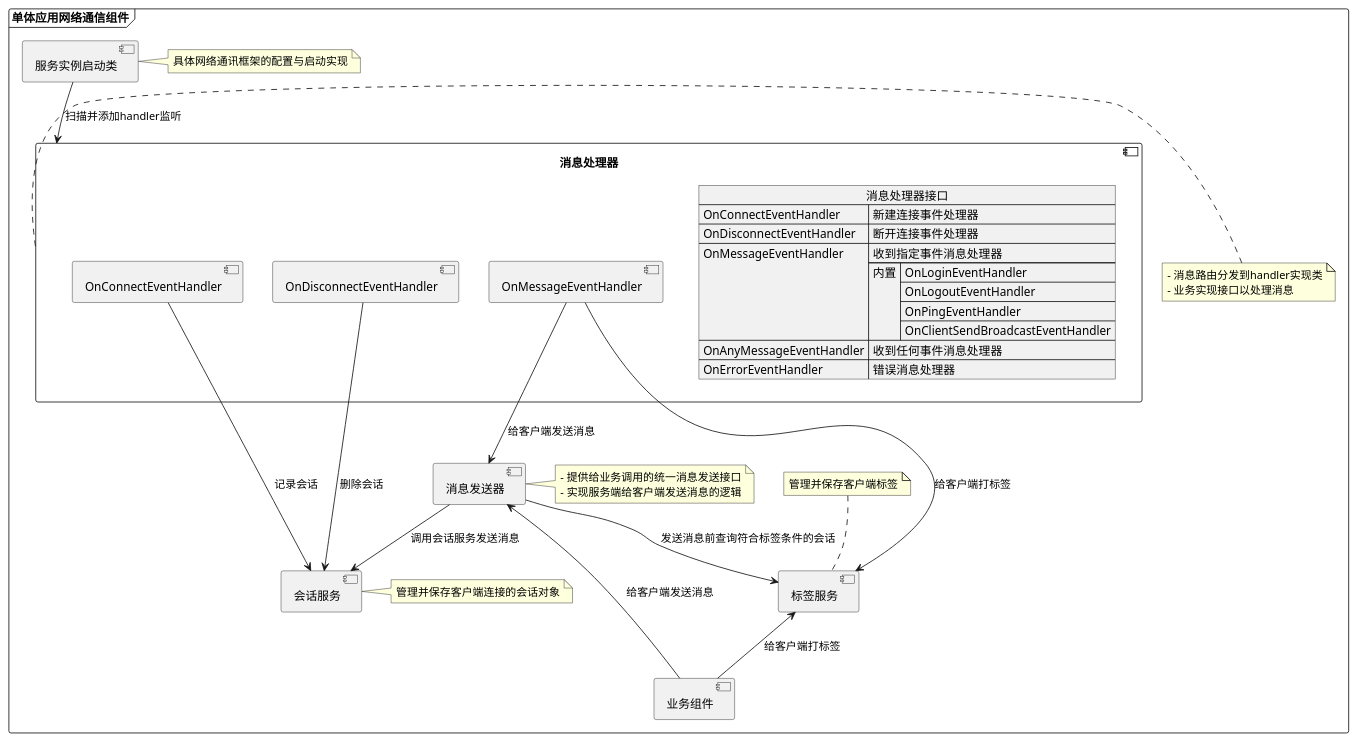
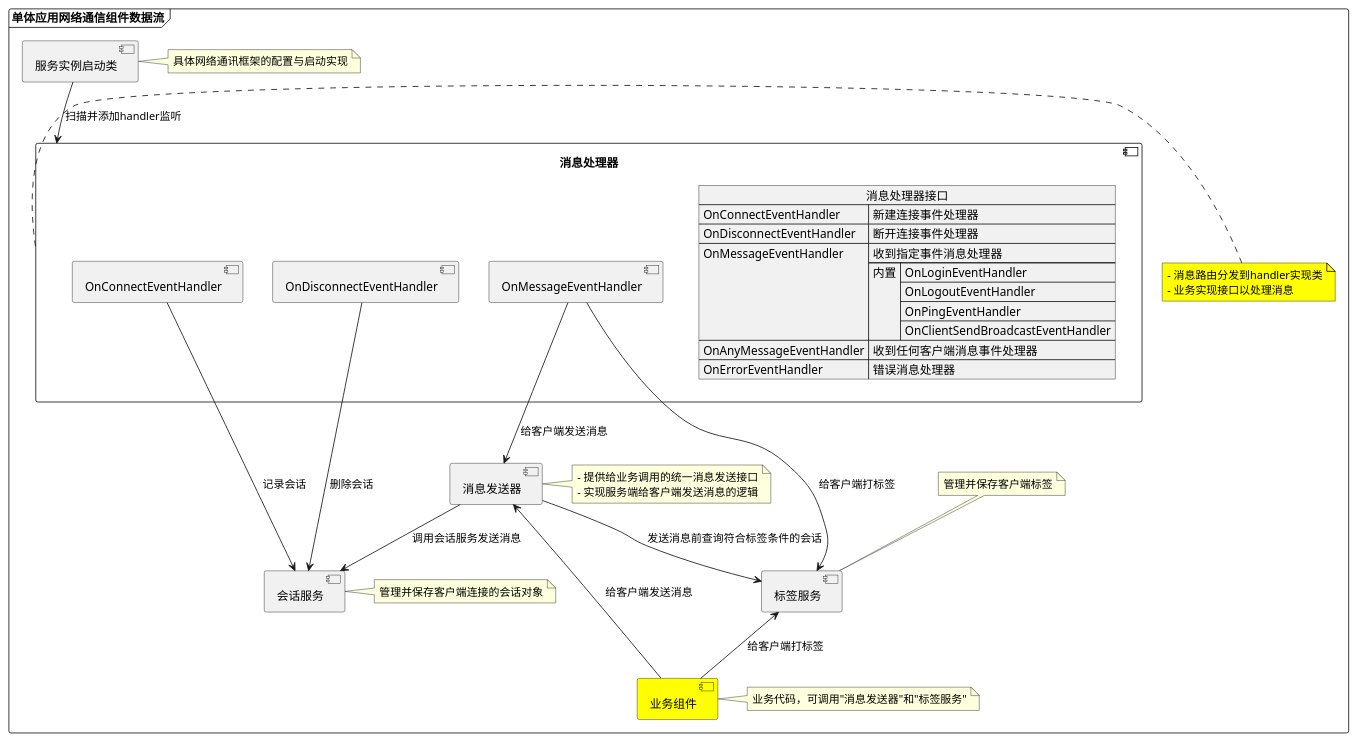
One commit to rainLeelzr/super changed the diagram in kernel-net-core/src/main/resources/docs/design/single-app-component.puml. Above: the diagram before and after it, drawn with PlantUML. The commit also changed 2 other files, not shown here.

```diff
--- a/kernel-net-core/src/main/resources/docs/design/single-app-component.puml
+++ b/kernel-net-core/src/main/resources/docs/design/single-app-component.puml
@@ -1,77 +1,79 @@
 @startuml
 'https://plantuml.com/component-diagram
 
-frame 单体应用网络通信组件{
+frame 单体应用网络通信组件数据流{
 
     component [服务实例启动类] as server {
     }
 
     component [消息处理器] as handler {
         json 消息处理器接口 {
             "OnConnectEventHandler": "新建连接事件处理器",
             "OnDisconnectEventHandler": "断开连接事件处理器",
             "OnMessageEventHandler": ["收到指定事件消息处理器",
             {
                 "内置":[
                     "OnLoginEventHandler",
                     "OnLogoutEventHandler",
                     "OnPingEventHandler",
                     "OnClientSendBroadcastEventHandler"
                 ]
             }],
-            "OnAnyMessageEventHandler": "收到任何事件消息处理器",
+            "OnAnyMessageEventHandler": "收到任何客户端消息事件处理器",
             "OnErrorEventHandler": "错误消息处理器"
         }
 
         [OnConnectEventHandler]
         [OnDisconnectEventHandler]
         [OnMessageEventHandler]
     }
 
     component [消息发送器] as messageSender {
 
     }
 
     component [会话服务]  as sessionService {
 
     }
 
     component [标签服务]  as tagService {
 
     }
 
-    component [业务组件]  as bizComponent {
+    component [业务组件]  as bizComponent #yellow {
 
     }
 
-    note left of [handler]
+    note left of [handler] #yellow
       - 消息路由分发到handler实现类
       - 业务实现接口以处理消息
     end note
 
     note right of [server] : 具体网络通讯框架的配置与启动实现
 
     note right of [messageSender] {
         - 提供给业务调用的统一消息发送接口
         - 实现服务端给客户端发送消息的逻辑
     }
 
     note right of [sessionService]: 管理并保存客户端连接的会话对象
 
     note top of [tagService] : 管理并保存客户端标签
 
+    note right of [bizComponent] : 业务代码，可调用"消息发送器"和"标签服务"
+
     messageSender --> sessionService : 调用会话服务发送消息
     messageSender --> tagService : 发送消息前查询符合标签条件的会话
     server --> handler : 扫描并添加handler监听
     bizComponent -up-> tagService : 给客户端打标签
-bizComponent -up-> messageSender : 给客户端发送消息
-OnMessageEventHandler --> tagService : 给客户端打标签
-OnMessageEventHandler --> messageSender : 给客户端发送消息
+    bizComponent -up-> messageSender : 给客户端发送消息
+    OnMessageEventHandler --> tagService : 给客户端打标签
+    OnMessageEventHandler --> messageSender : 给客户端发送消息
 
-OnConnectEventHandler --> sessionService : 记录会话
-OnDisconnectEventHandler --> sessionService : 删除会话
+    OnConnectEventHandler --> sessionService : 记录会话
+    OnDisconnectEventHandler --> sessionService : 删除会话
 
 }
 
 
 @enduml
```
